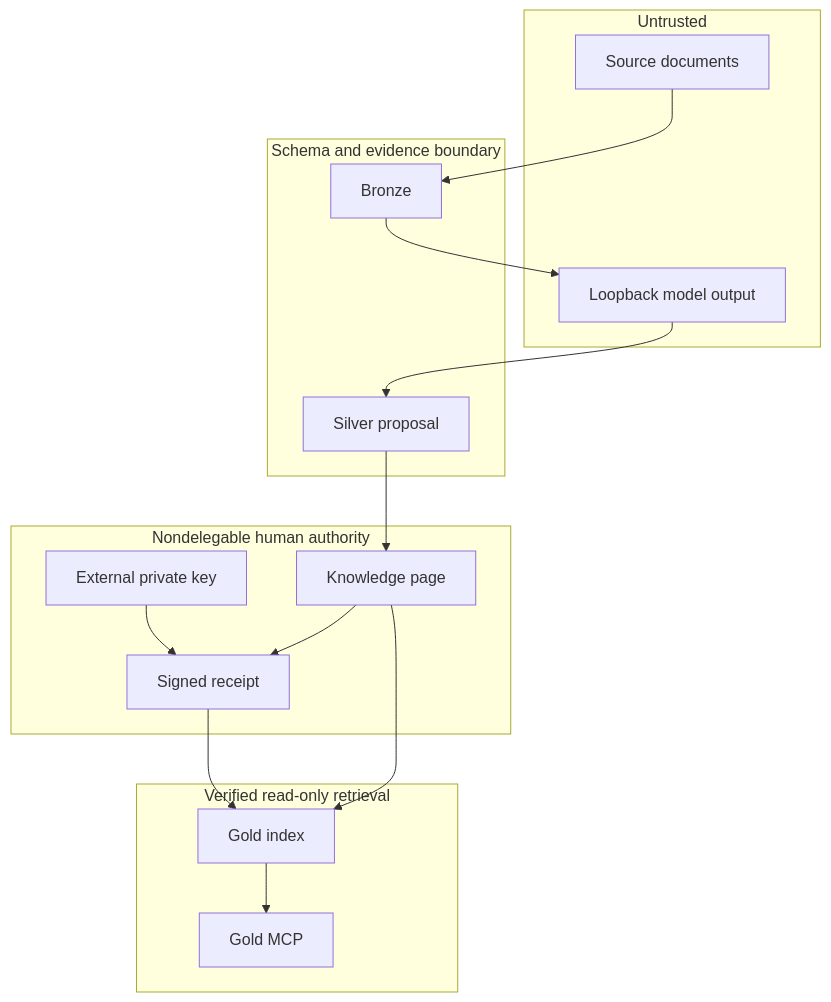
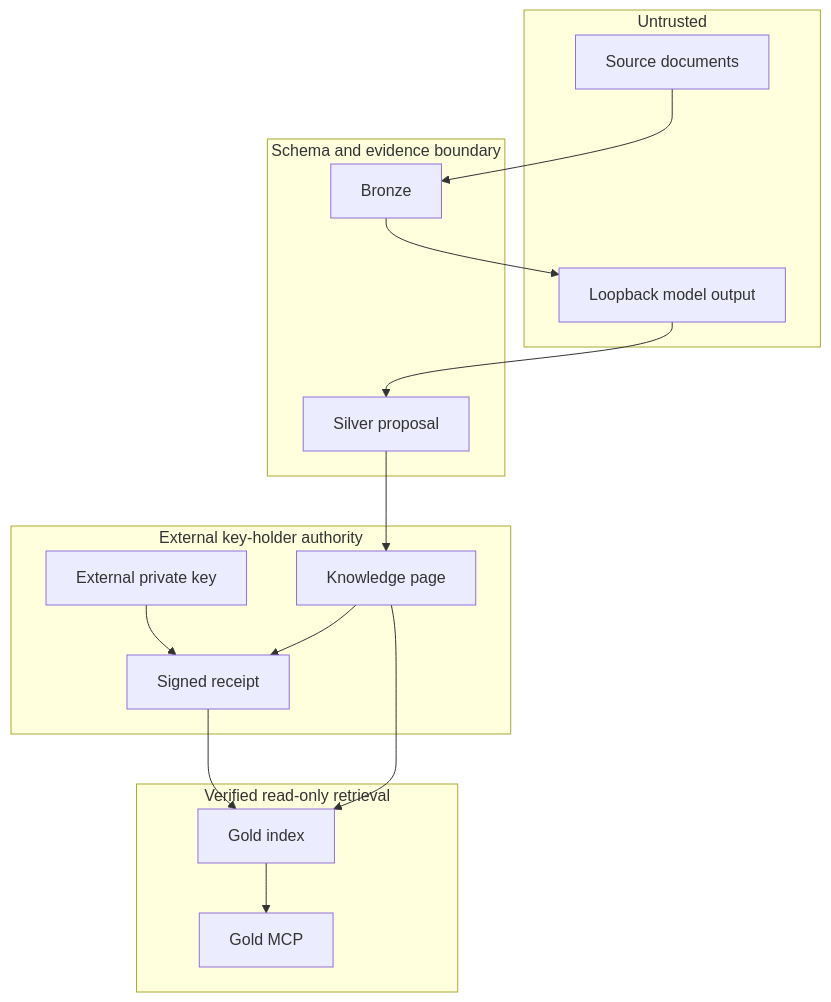
The diagram in ARCHITECTURE.md (patschmittdev/Ziggurat), drawn with Mermaid before and after one commit. The commit also changed 6 other files, not shown here.

````diff
--- a/ARCHITECTURE.md
+++ b/ARCHITECTURE.md
@@ -42,30 +42,30 @@
 ```mermaid
 flowchart TB
     subgraph Untrusted
       SRC[Source documents]
       MODEL[Loopback model output]
     end
     subgraph ProposalBoundary[Schema and evidence boundary]
       BRONZE[Bronze]
       SILVER[Silver proposal]
     end
-    subgraph HumanBoundary[Nondelegable human authority]
+    subgraph HumanBoundary[External key-holder authority]
       KEY[External private key]
       PAGE[Knowledge page]
       RECEIPT[Signed receipt]
     end
     subgraph RetrievalBoundary[Verified read-only retrieval]
       GOLD[Gold index]
       MCP[Gold MCP]
     end
 
     SRC --> BRONZE
     BRONZE --> MODEL
     MODEL --> SILVER
     SILVER --> PAGE
     KEY --> RECEIPT
     PAGE --> RECEIPT
     PAGE --> GOLD
     RECEIPT --> GOLD
     GOLD --> MCP
 ```
````
